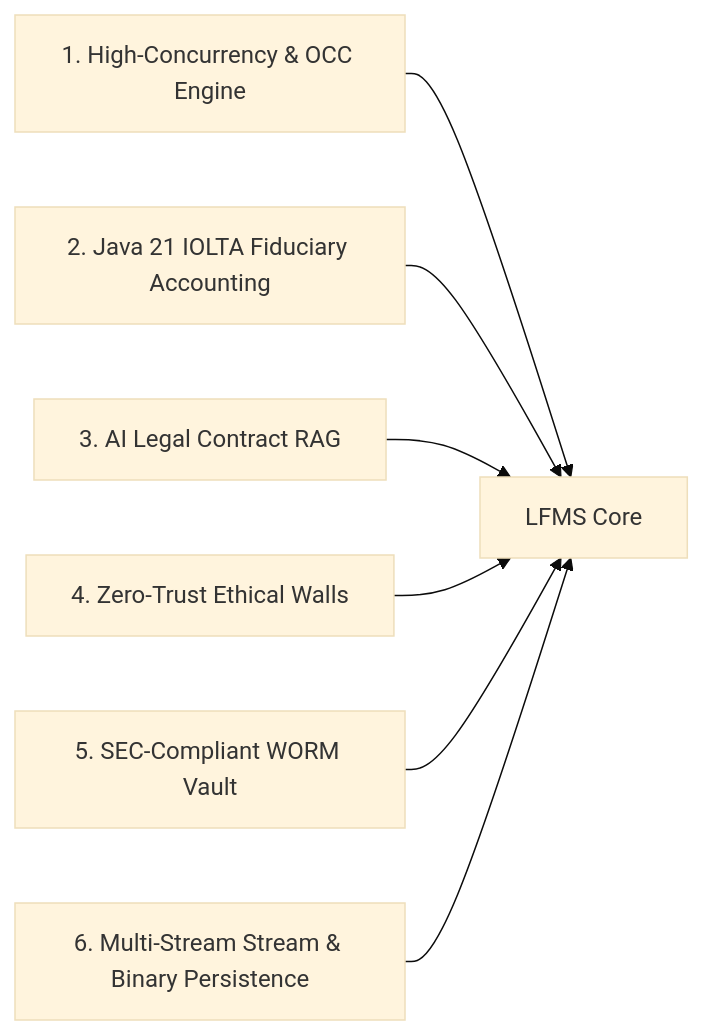
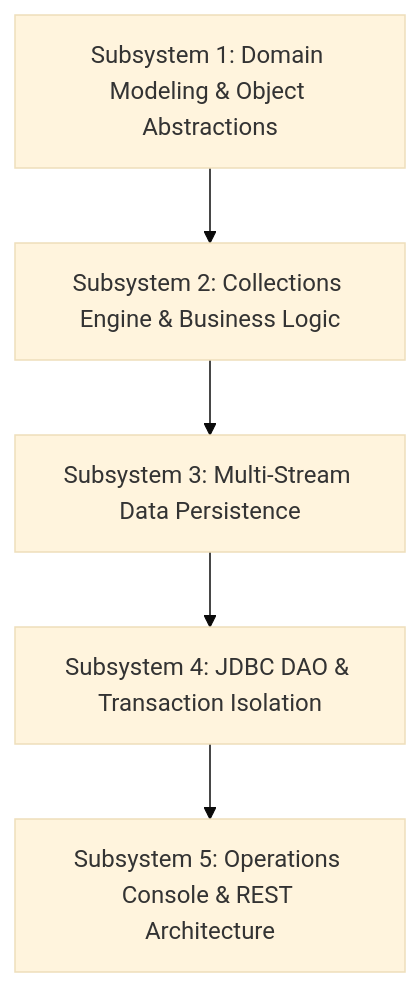
The second of 2 diagrams in README.md (AryanK0/Law-Firm-System), drawn with Mermaid (base theme) before and after one commit. The commit also changed other lines of this file and 118 other files, not shown here.

Commit message:
refactor(core): unify backend into single Java 21 platform, implement role-scoped access control, and update README

````diff
--- a/README.md
+++ b/README.md
@@ -108,9 +95,7 @@
 ```mermaid
-graph LR
-    P1["1. High-Concurrency & OCC Engine"] --> ARCH[LFMS Core]
-    P2["2. Java 21 IOLTA Fiduciary Accounting"] --> ARCH
-    P3["3. AI Legal Contract RAG"] --> ARCH
-    P4["4. Zero-Trust Ethical Walls"] --> ARCH
-    P5["5. SEC-Compliant WORM Vault"] --> ARCH
-    P6["6. Multi-Stream Stream & Binary Persistence"] --> ARCH
+graph TD
+    S1["Subsystem 1: Domain Modeling & Object Abstractions"] --> S2["Subsystem 2: Collections Engine & Business Logic"]
+    S2 --> S3["Subsystem 3: Multi-Stream Data Persistence"]
+    S3 --> S4["Subsystem 4: JDBC DAO & Transaction Isolation"]
+    S4 --> S5["Subsystem 5: Operations Console & REST Architecture"]
 ```
````
